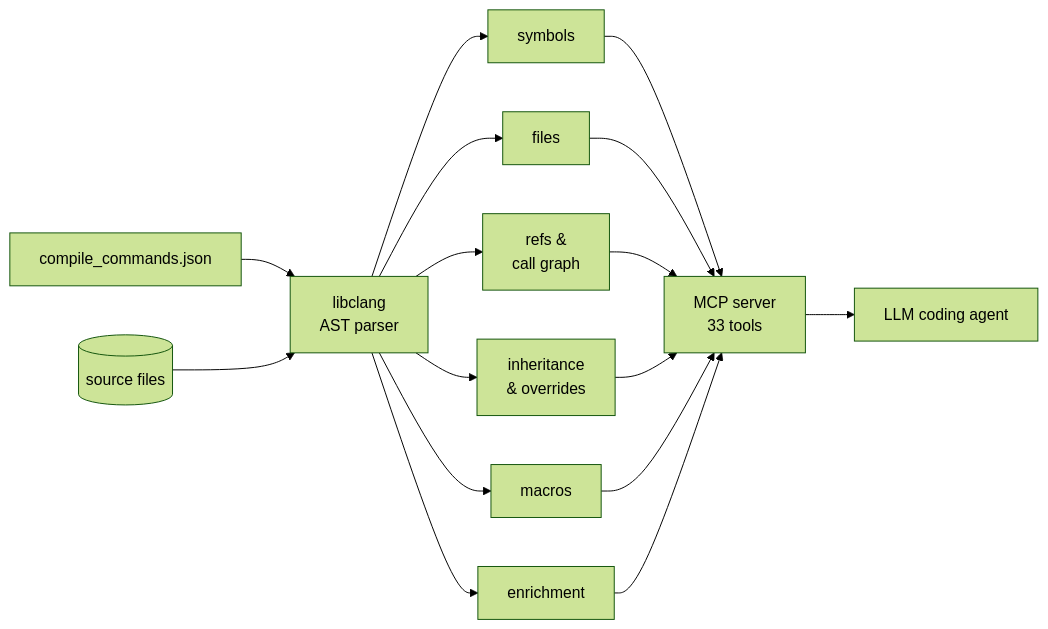
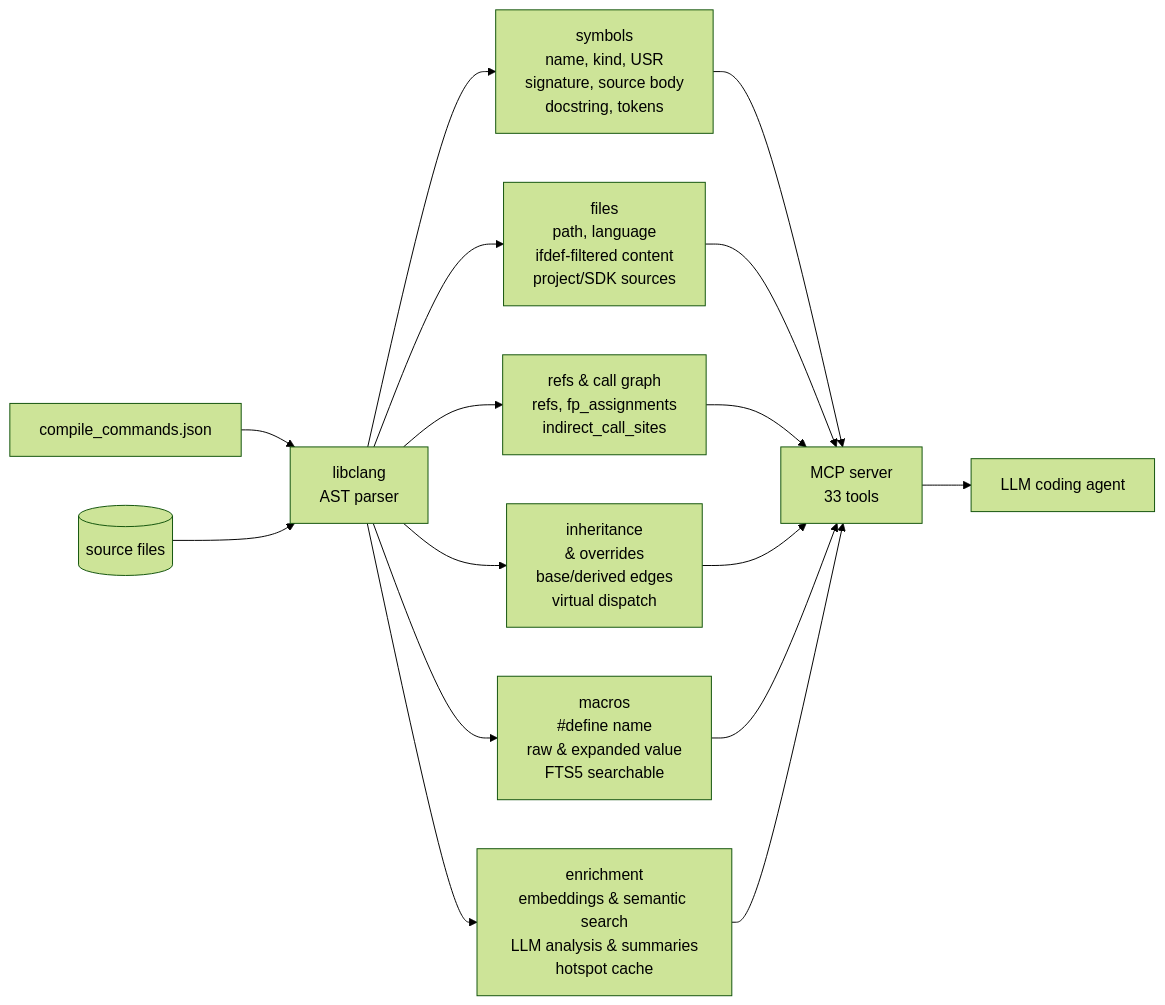
One commit to turbyho/fw-context-mcp changed the diagram in README.md. Above: the diagram before and after it, drawn with Mermaid (forest theme).

Commit message:
docs: add detailed descriptions to architecture diagram nodes
Expand each index node from single-word labels to 2-3 line
descriptions showing key data and features.

Files:
  README.md — enrich index node labels in Mermaid diagram

````diff
--- a/README.md
+++ b/README.md
@@ -55,7 +55,7 @@
 ```mermaid
 flowchart LR
     CCJ[compile_commands.json] & SRC[(source files)] --> LIBCLANG[libclang<br/>AST parser]
-    LIBCLANG --> SYMBOLS[symbols] & FILES[files] & REFS[refs &amp;<br/>call graph] & INHERIT[inheritance<br/>&amp; overrides] & MACROS[macros] & ENRICH[enrichment]
+    LIBCLANG --> SYMBOLS[symbols<br/>name, kind, USR<br/>signature, source body<br/>docstring, tokens] & FILES[files<br/>path, language<br/>ifdef-filtered content<br/>project/SDK sources] & REFS[refs &amp; call graph<br/>refs, fp_assignments<br/>indirect_call_sites] & INHERIT[inheritance<br/>&amp; overrides<br/>base/derived edges<br/>virtual dispatch] & MACROS[macros<br/>#define name<br/>raw &amp; expanded value<br/>FTS5 searchable] & ENRICH[enrichment<br/>embeddings &amp; semantic search<br/>LLM analysis &amp; summaries<br/>hotspot cache]
     SYMBOLS & FILES & REFS & INHERIT & MACROS & ENRICH --> MCP[MCP server<br/>33 tools]
     MCP --> LLM[LLM coding agent]
 ```
````
